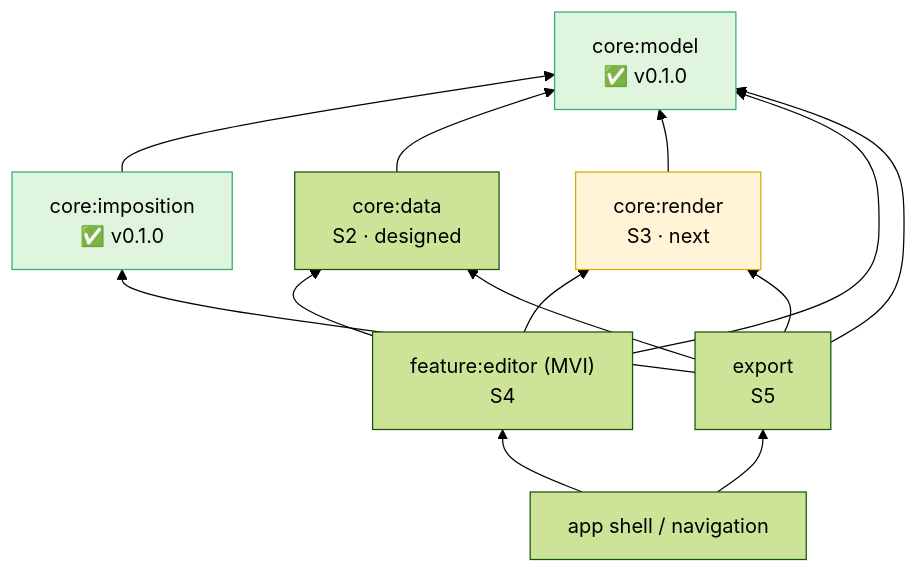
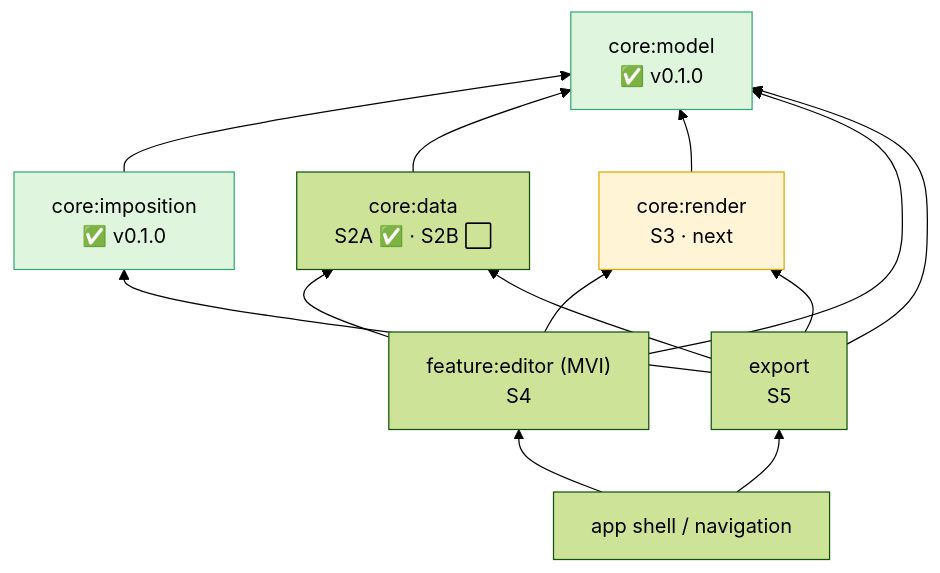
The ninth of 10 diagrams in docs/ARCHITECTURE.md (aritr-codes/zinely-android), drawn with Mermaid (forest theme) before and after one commit. The commit also changed other lines of this file and 4 other files, not shown here.

````diff
--- a/docs/ARCHITECTURE.md
+++ b/docs/ARCHITECTURE.md
@@ -348,28 +348,28 @@
 ```mermaid
 flowchart BT
     model["core:model<br/>✅ v0.1.0"]
     imp["core:imposition<br/>✅ v0.1.0"]
-    data["core:data<br/>S2 · designed"]
+    data["core:data<br/>S2A ✅ · S2B ⬜"]
     render["core:render<br/>S3 · next"]
     editor["feature:editor (MVI)<br/>S4"]
     export["export<br/>S5"]
     app["app shell / navigation"]
 
     imp --> model
     data --> model
     render --> model
     editor --> model
     editor --> data
     editor --> render
     export --> model
     export --> imp
     export --> render
     export --> data
     app --> editor
     app --> export
 
     classDef done fill:#dff5dd,stroke:#3a7;
     classDef next fill:#fff4d6,stroke:#e0a800;
     class model,imp done;
     class render next;
 ```
````
